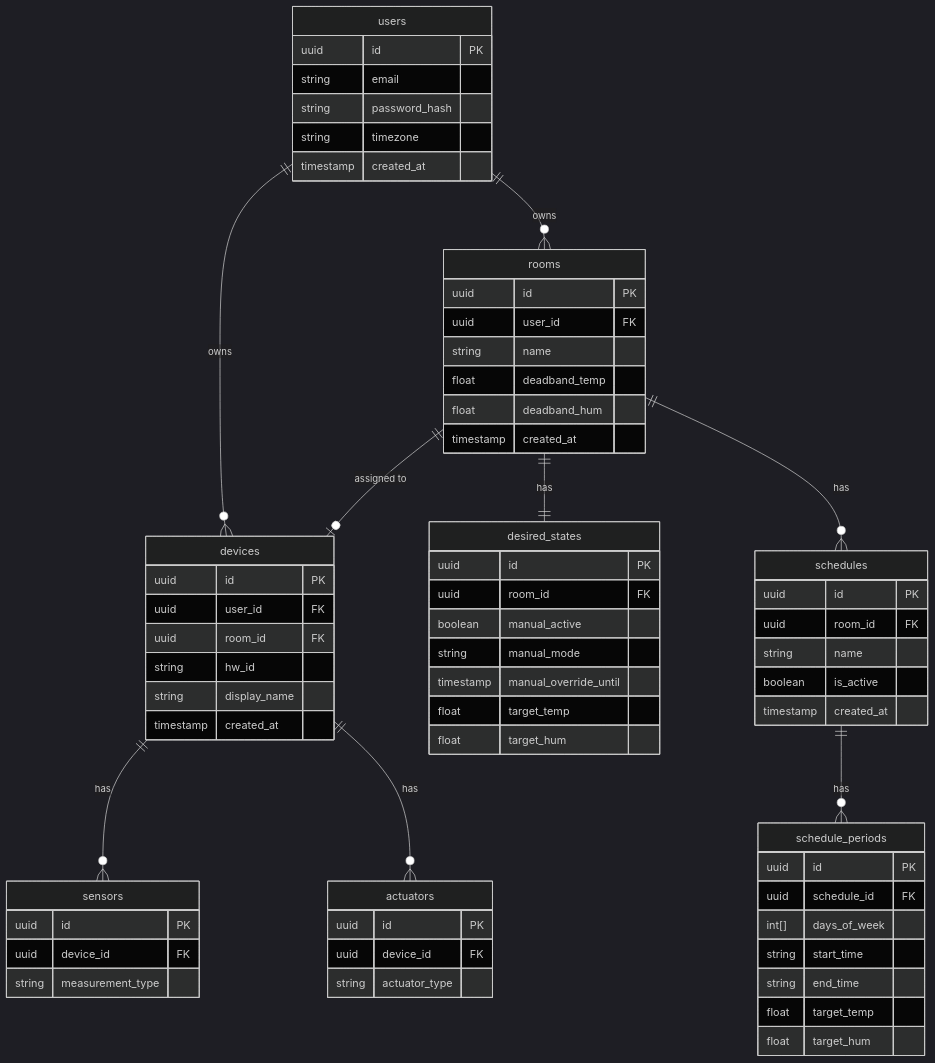
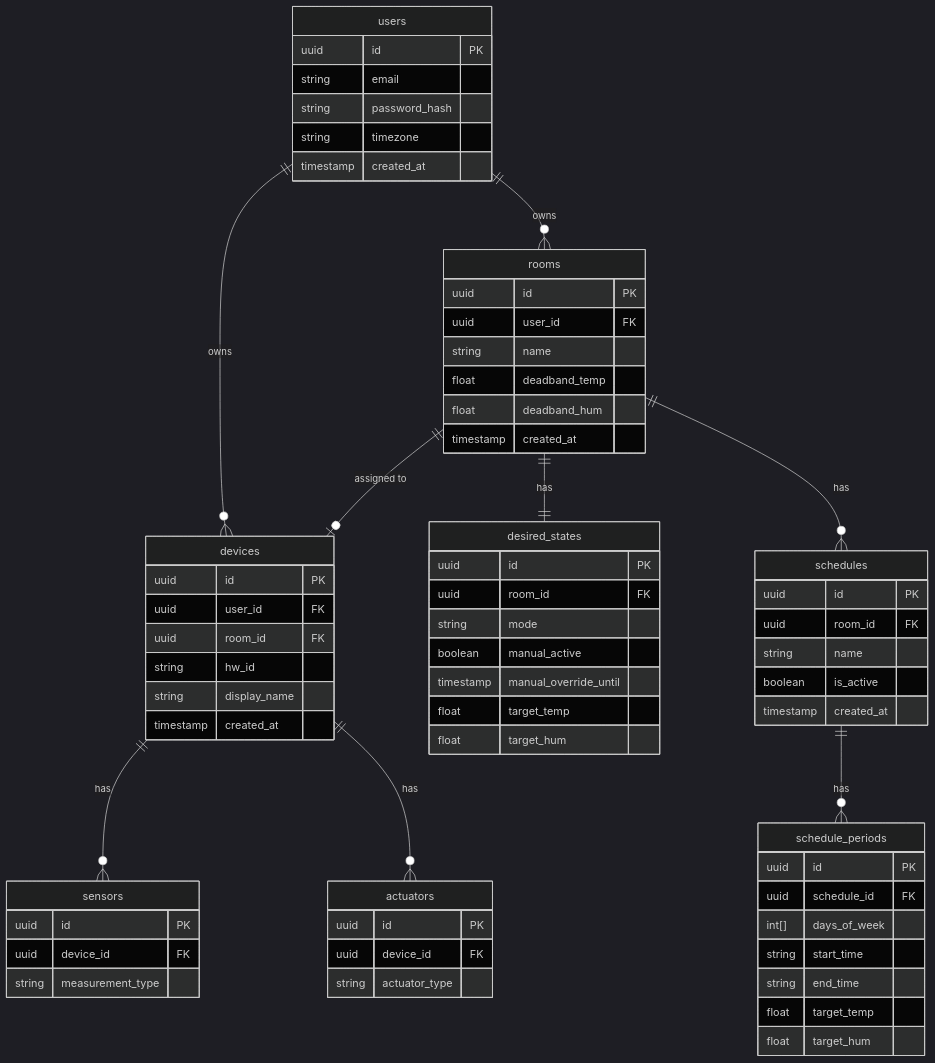
The first of 2 diagrams in docs/architecture/schema.md (DiegoJohnson25/climate-control), drawn with Mermaid (dark theme) before and after one commit. The commit also changed other lines of this file and 5 other files, not shown here.

````diff
--- a/docs/architecture/schema.md
+++ b/docs/architecture/schema.md
@@ -13,77 +13,77 @@
 ```mermaid
 erDiagram
     users {
         uuid id PK
         string email
         string password_hash
         string timezone
         timestamp created_at
     }
 
     rooms {
         uuid id PK
         uuid user_id FK
         string name
         float deadband_temp
         float deadband_hum
         timestamp created_at
     }
 
     devices {
         uuid id PK
         uuid user_id FK
         uuid room_id FK
         string hw_id
         string display_name
         timestamp created_at
     }
 
     sensors {
         uuid id PK
         uuid device_id FK
         string measurement_type
     }
 
     actuators {
         uuid id PK
         uuid device_id FK
         string actuator_type
     }
 
     desired_states {
         uuid id PK
         uuid room_id FK
+        string mode
         boolean manual_active
-        string manual_mode
         timestamp manual_override_until
         float target_temp
         float target_hum
     }
 
     schedules {
         uuid id PK
         uuid room_id FK
         string name
         boolean is_active
         timestamp created_at
     }
 
     schedule_periods {
         uuid id PK
         uuid schedule_id FK
         int[] days_of_week
         string start_time
         string end_time
         float target_temp
         float target_hum
     }
 
     users ||--o{ rooms : owns
     users ||--o{ devices : owns
     rooms ||--o| devices : "assigned to"
     devices ||--o{ sensors : has
     devices ||--o{ actuators : has
     rooms ||--|| desired_states : has
     rooms ||--o{ schedules : has
     schedules ||--o{ schedule_periods : has
 ```
````
